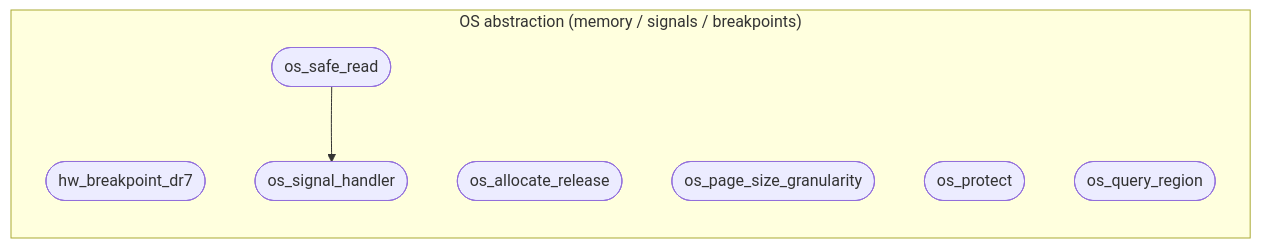
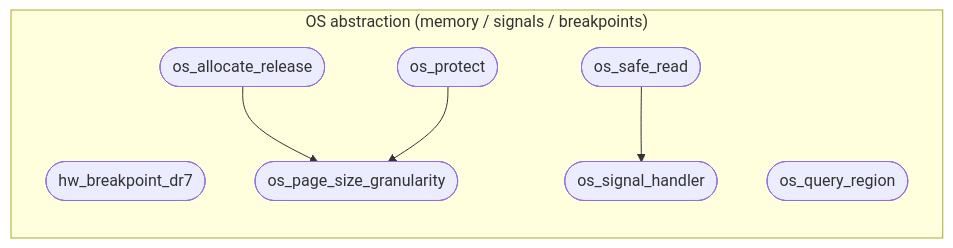
Before and after one commit to xxxnpno/VMHook: the diagram in audit/graph/categories/os.md, drawn with Mermaid. The commit also changed other lines of this file and 169 other files, not shown here.

````diff
--- a/audit/graph/categories/os.md
+++ b/audit/graph/categories/os.md
@@ -24,13 +24,15 @@
 ```mermaid
 flowchart LR
   subgraph os["OS abstraction (memory / signals / breakpoints)"]
     hw_breakpoint_dr7([hw_breakpoint_dr7])
     os_allocate_release([os_allocate_release])
     os_page_size_granularity([os_page_size_granularity])
     os_protect([os_protect])
     os_query_region([os_query_region])
     os_safe_read([os_safe_read])
     os_signal_handler([os_signal_handler])
   end
+  os_allocate_release --> os_page_size_granularity
+  os_protect --> os_page_size_granularity
   os_safe_read --> os_signal_handler
 ```
````
